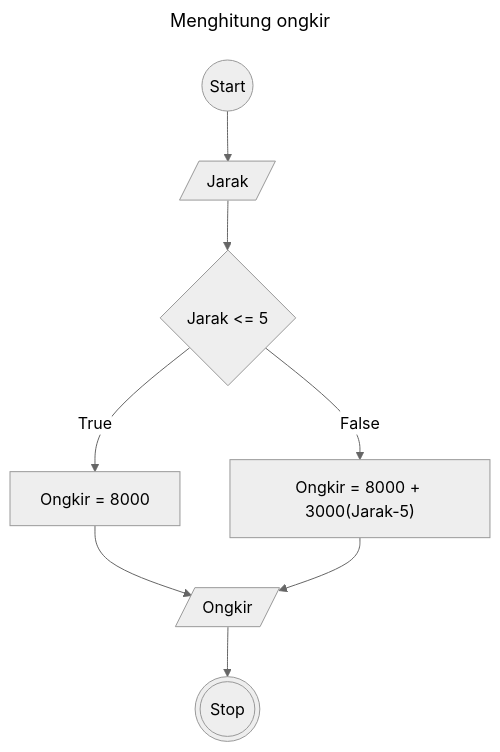
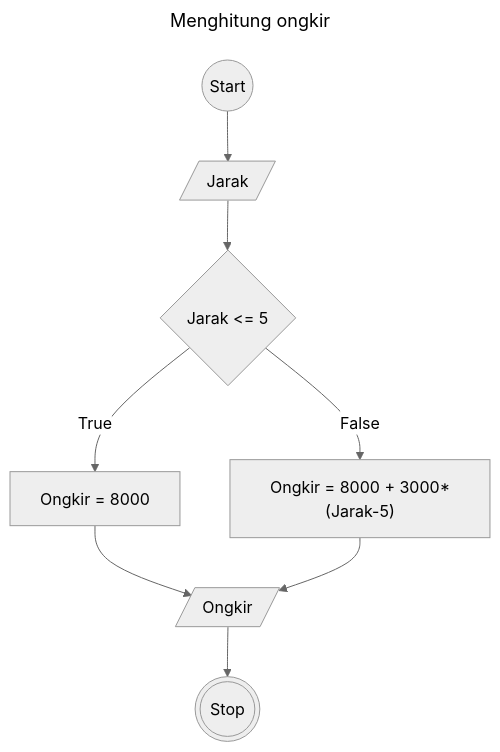
Before and after one commit to ItsnaMaulanaHasan/koda-b4-algoritma: the diagram in minitask8-flowchart.md, drawn with Mermaid (neutral theme). The commit also changed 1 other file, not shown here.

````diff
--- a/minitask8-flowchart.md
+++ b/minitask8-flowchart.md
@@ -3,19 +3,19 @@
 ```mermaid
 ---
     title: Menghitung ongkir
 ---
 flowchart TD
     id1((Start))
     id2[/Jarak/]
     id1 --> id2
     id3{Jarak <= 5}
     id2 --> id3
     id4[Ongkir = 8000]
-    id5["Ongkir = 8000 + 3000(Jarak-5)"]
+    id5["Ongkir = 8000 + 3000*(Jarak-5)"]
     id3 -- True --> id4 --> id6
     id3 -- False --> id5 --> id6
     id6[/Ongkir/]
     id7(((Stop)))
     id6 --> id7
     
 ```
````
